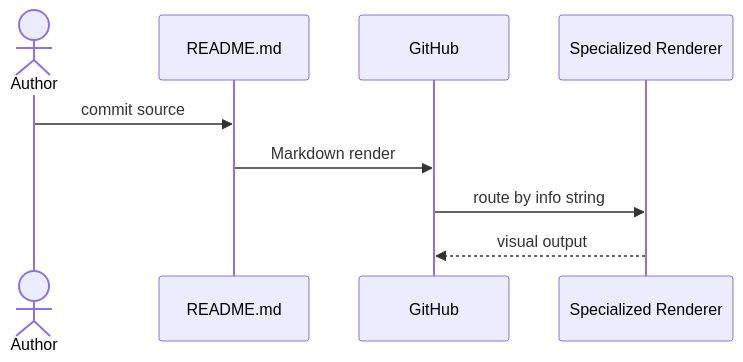
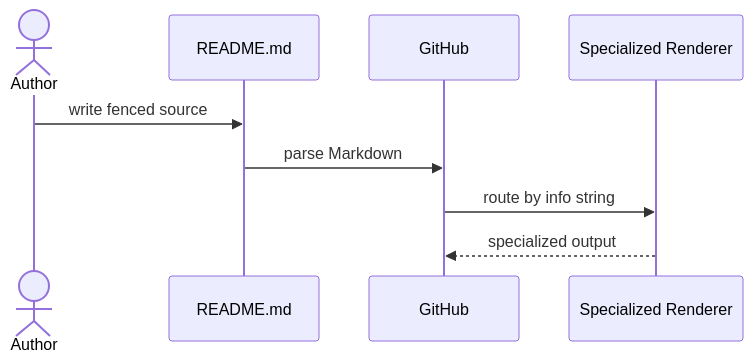
One commit to thiepn/markdown changed the third of 4 diagrams in README.md. Above: the diagram before and after it, drawn with Mermaid. The commit also changed other lines of this file, not shown here.

````diff
--- a/README.md
+++ b/README.md
@@ -725,11 +559,11 @@
 ```mermaid
 sequenceDiagram
     actor Author
     participant MD as README.md
     participant GH as GitHub
     participant R as Specialized Renderer
-    Author->>MD: commit source
-    MD->>GH: Markdown render
+    Author->>MD: write fenced source
+    MD->>GH: parse Markdown
     GH->>R: route by info string
-    R-->>GH: visual output
+    R-->>GH: specialized output
 ```
````
